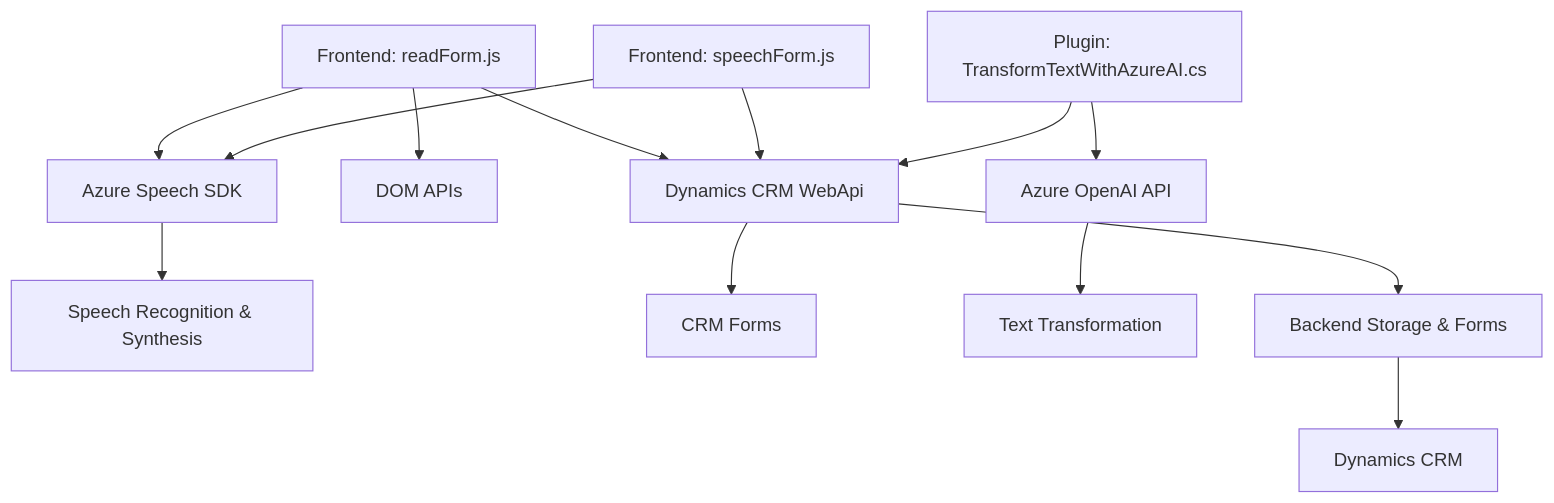
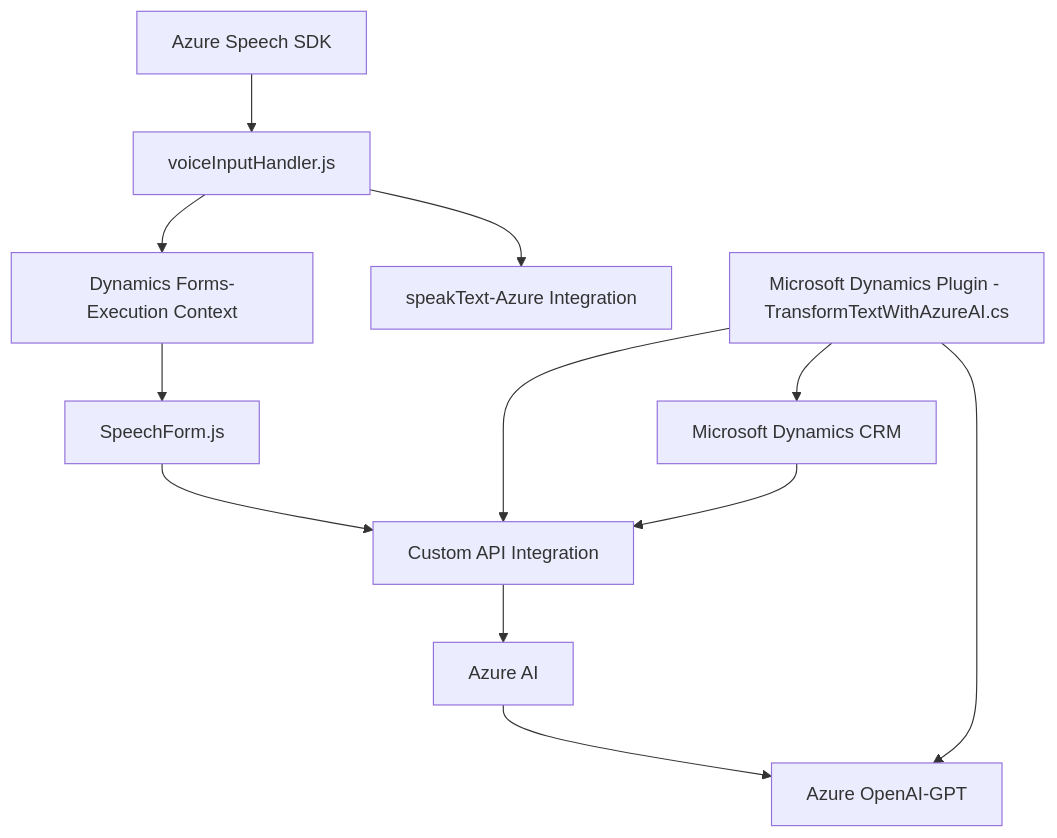
Before and after one commit to blopezdm/NETCORE_BILBAO2025: the diagram in README.md, drawn with Mermaid. The commit also changed other lines of this file, not shown here.

````diff
--- a/README.md
+++ b/README.md
@@ -57,15 +39,16 @@
 ```mermaid
 graph TD
-    A["Frontend: readForm.js"] --> B["Azure Speech SDK"]
-    A --> D["DOM APIs"]
-    A --> E["Dynamics CRM WebApi"]
-    B --> F["Speech Recognition & Synthesis"]
-    E --> G["CRM Forms"]
-    H["Frontend: speechForm.js"] --> E
-    H --> B
-    I["Plugin: TransformTextWithAzureAI.cs"] --> J["Azure OpenAI API"]
-    I --> E
-    J --> K["Text Transformation"]
-    E --> L["Backend Storage & Forms"]
-    L --> CRM["Dynamics CRM"]
+  A["Azure Speech SDK"] --> B["voiceInputHandler.js"]
+  B --> C["Dynamics Forms-Execution Context"]
+  C --> D["SpeechForm.js"]
+  B --> E["speakText-Azure Integration"]
+
+  D --> F["Custom API Integration"]
+  F --> G["Azure AI"]
+  G --> H["Azure OpenAI-GPT"]
+  
+  I["Microsoft Dynamics Plugin - TransformTextWithAzureAI.cs"] --> J["Microsoft Dynamics CRM"]
+  I --> F
+  J --> F
+  I --> H
 ```
````
